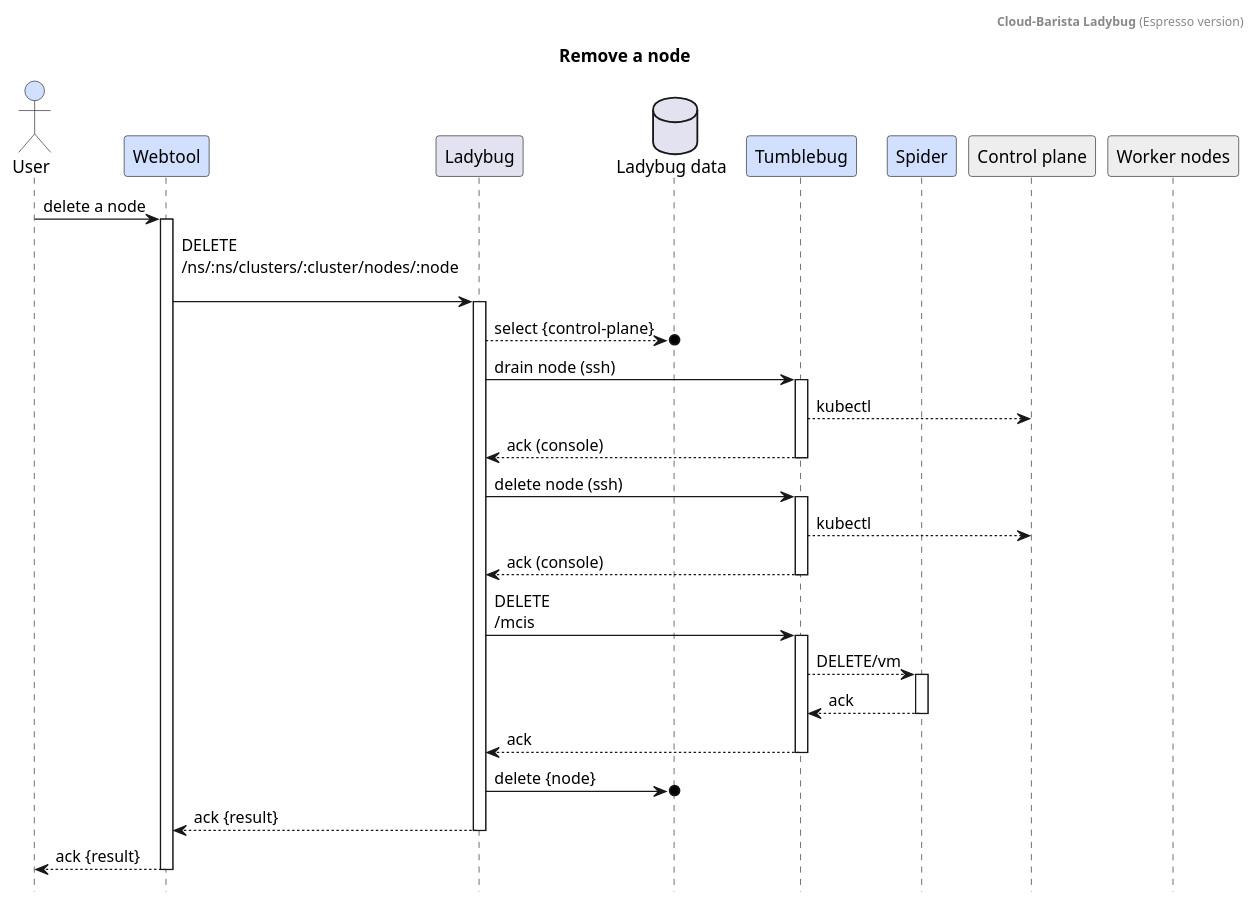
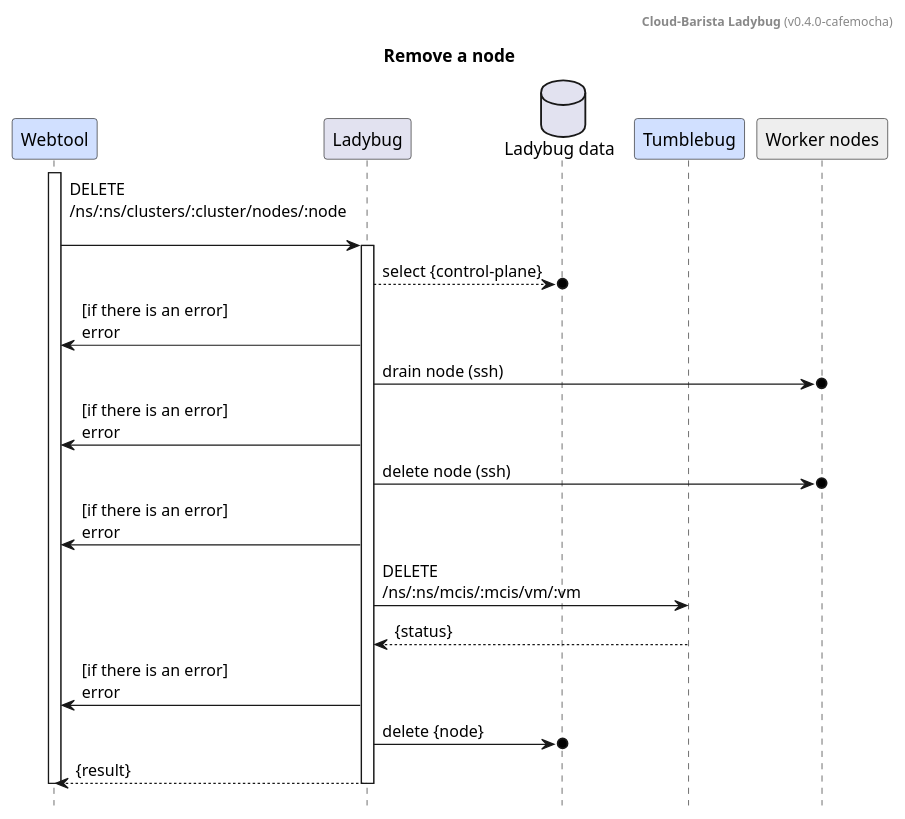
Before and after one commit to cloud-barista/cloud-barista: the diagram in cb-ladybug/docs/design/node-remove.puml, drawn with PlantUML. The commit also changed 2027 other files, not shown here.

```diff
--- a/cb-ladybug/docs/design/node-remove.puml
+++ b/cb-ladybug/docs/design/node-remove.puml
@@ -1,59 +1,38 @@
-@@startuml
+@startuml
 
-header **Cloud-Barista Ladybug** (Espresso version)
+header **Cloud-Barista Ladybug** (v0.4.0-cafemocha)
 title Remove a node
 hide footbox
 
-actor		"User"			as user			#d1e0ff
 participant	"Webtool"		as webtool		#d1e0ff
 participant	"Ladybug"		as provider
 database	"Ladybug data"	as db
 participant	"Tumblebug"		as tumblebug	#d1e0ff
-participant	"Spider"		as spider		#d1e0ff
-participant	"Control plane"	as mNodes		#eeeeee
 participant	"Worker nodes"	as wNodes		#eeeeee
 
-
-user		->	webtool		: delete a node
 
 activate webtool
 	webtool		->	provider		: DELETE\n/ns/:ns/clusters/:cluster/nodes/:node\n
 
 	activate provider
 
 		provider	-->o	db			: select {control-plane}
+		provider	->	webtool			: [if there is an error]\nerror
 
-		' 1. drain node
-		provider 	->		tumblebug	: drain node (ssh)
-		activate tumblebug
-			tumblebug	-->	mNodes 		: kubectl
-			provider 	<--	tumblebug	: ack (console)
-		deactivate tumblebug
+		provider 	->o	wNodes		: drain node (ssh)
+		provider	->	webtool		: [if there is an error]\nerror
+		provider 	->o	wNodes		: delete node (ssh)
+		provider	->	webtool		: [if there is an error]\nerror
 
-		' 2. delete node
-		provider 	->		tumblebug	: delete node (ssh)
-		activate tumblebug
-			tumblebug	-->	mNodes 		: kubectl
-			provider 	<--	tumblebug	: ack (console)
-		deactivate tumblebug
+		provider	->	tumblebug	: DELETE\n/ns/:ns/mcis/:mcis/vm/:vm
+		provider	<--	tumblebug	: {status}
+		provider	->	webtool		: [if there is an error]\nerror
 
-		' 3. delete vm
-		provider	->	tumblebug		: DELETE\n/mcis
-
-		activate tumblebug
-			tumblebug	-->	spider		: DELETE/vm
-			activate spider
-				tumblebug	<--	spider	: ack
-			deactivate spider
-			tumblebug	-->	provider 	: ack
-		deactivate tumblebug
-
-		provider	->o	db				: delete {node}
-		provider	-->	webtool			: ack {result}
+		provider	->o	db			: delete {node}
+		provider	-->	webtool		: {result}
 
 	deactivate provider
 
-	webtool	-->	user	: ack {result}
 deactivate webtool
 
-@@enduml
+@enduml
```
